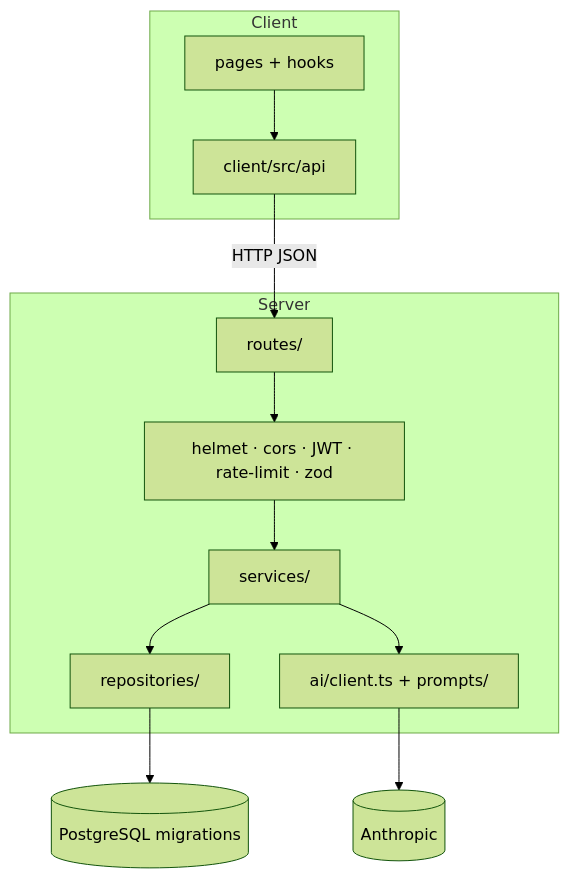
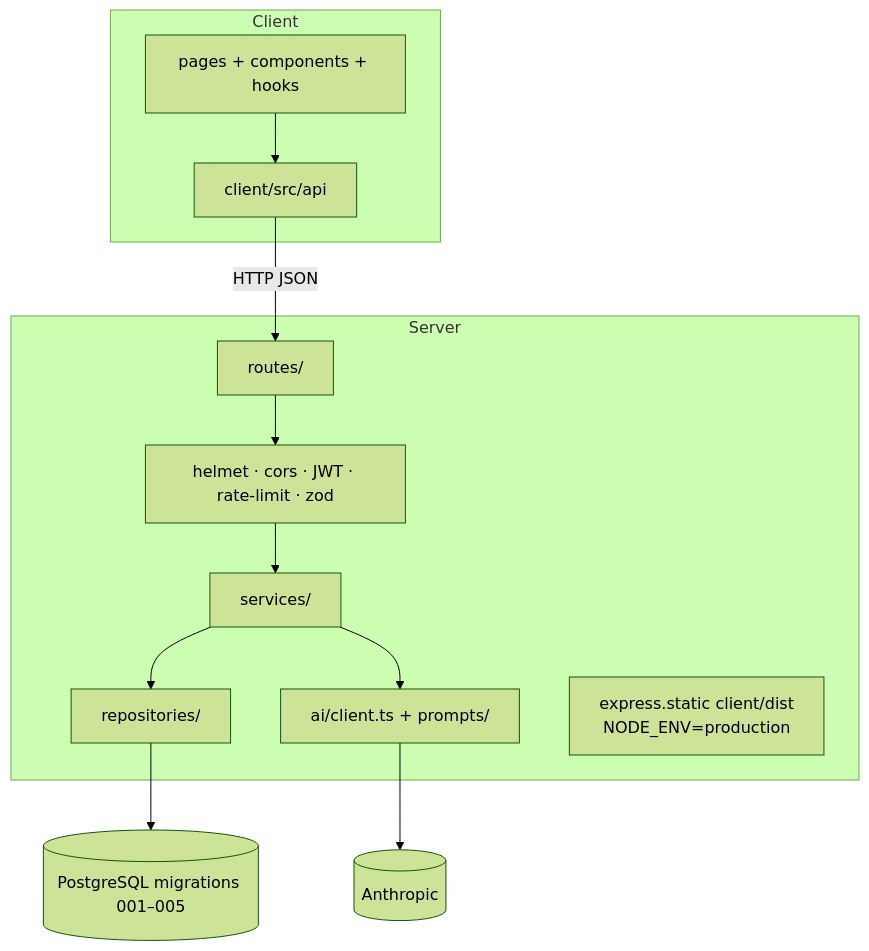
Before and after one commit to Yang-Zhang1994/Questline: the second of 3 diagrams in docs/architecture.md, drawn with Mermaid (forest theme). The commit also changed other lines of this file and 5 other files, not shown here.

Commit message:
docs(docs): update README, architecture/schema, contribution log, and retros

````diff
--- a/docs/architecture.md
+++ b/docs/architecture.md
@@ -19,23 +20,24 @@
 ```mermaid
 flowchart TB
   subgraph Client
-    Pages[pages + hooks]
+    Pages[pages + components + hooks]
     ApiHelpers[client/src/api]
     Pages --> ApiHelpers
   end
 
   subgraph Server
     Routes[routes/]
     MW[helmet · cors · JWT · rate-limit · zod]
     Services[services/]
     Repos[repositories/]
     AI[ai/client.ts + prompts/]
+    Static[express.static client/dist<br/>NODE_ENV=production]
     Routes --> MW --> Services
     Services --> Repos
     Services --> AI
   end
 
   ApiHelpers -->|HTTP JSON| Routes
-  Repos --> DB[(PostgreSQL migrations)]
+  Repos --> DB[(PostgreSQL migrations 001–005)]
   AI --> Claude[(Anthropic)]
 ```
````
